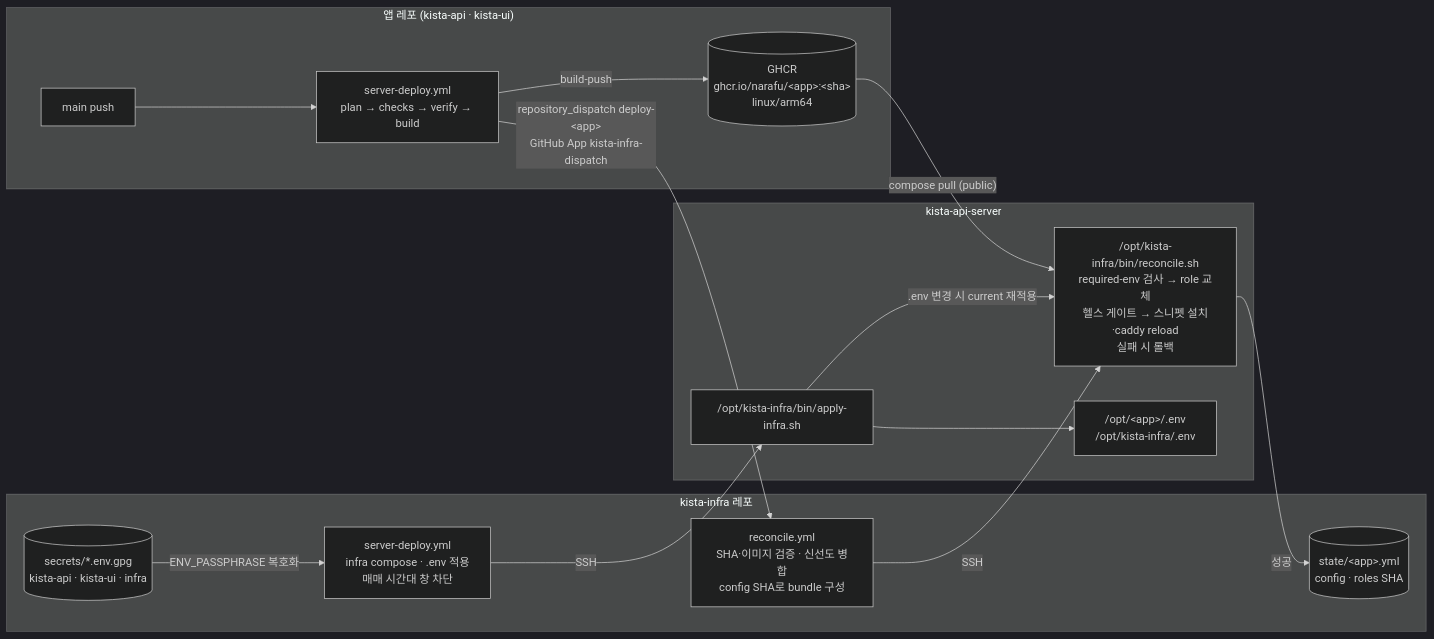
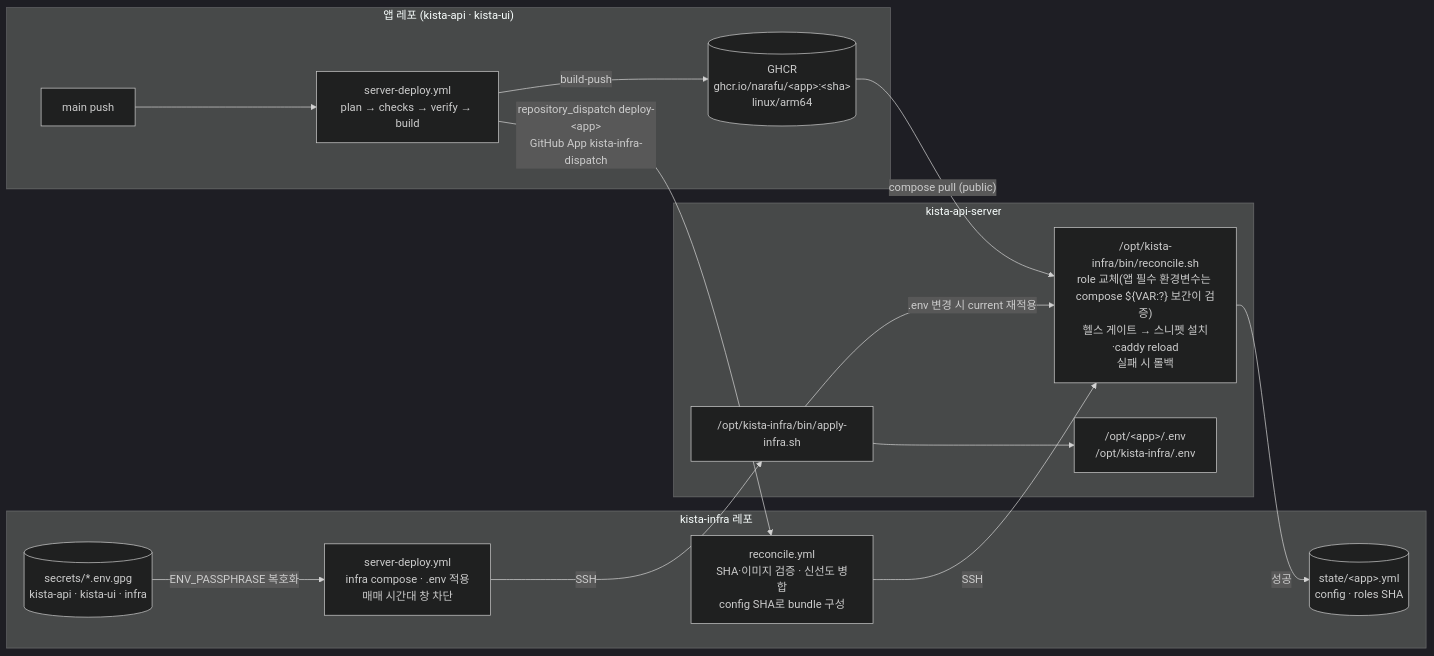
The third of 6 diagrams in docs/architecture-map.md (narafu/kista-api), drawn with Mermaid (dark theme) before and after one commit. The commit also changed 1 other file, not shown here.

Commit message:
docs: required-env 검사 폐지를 아키텍처 맵과 cross-repo A2에 반영한다 (01 T3 3단계)
Claude-Session: https://claude.ai/code/session_014bowDBtsjmeNRpjoL9SC3A

````diff
--- a/docs/architecture-map.md
+++ b/docs/architecture-map.md
@@ -123,30 +123,30 @@
 ```mermaid
 flowchart LR
     subgraph APPREPO["앱 레포 (kista-api · kista-ui)"]
         PUSH["main push"]
         WF["server-deploy.yml<br/>plan → checks → verify → build"]
         GHCR[("GHCR<br/>ghcr.io/narafu/#lt;app#gt;:#lt;sha#gt;<br/>linux/arm64")]
     end
 
     subgraph INFRA["kista-infra 레포"]
         REC["reconcile.yml<br/>SHA·이미지 검증 · 신선도 병합<br/>config SHA로 bundle 구성"]
         STATE[("state/#lt;app#gt;.yml<br/>config · roles SHA")]
         SD["server-deploy.yml<br/>infra compose · .env 적용<br/>매매 시간대 창 차단"]
         SEC[("secrets/*.env.gpg<br/>kista-api · kista-ui · infra")]
     end
 
     subgraph SRV["kista-api-server"]
-        RSH["/opt/kista-infra/bin/reconcile.sh<br/>required-env 검사 → role 교체<br/>헬스 게이트 → 스니펫 설치·caddy reload<br/>실패 시 롤백"]
+        RSH["/opt/kista-infra/bin/reconcile.sh<br/>role 교체(앱 필수 환경변수는 compose ${VAR:?} 보간이 검증)<br/>헬스 게이트 → 스니펫 설치·caddy reload<br/>실패 시 롤백"]
         AINF["/opt/kista-infra/bin/apply-infra.sh"]
         ENV["/opt/#lt;app#gt;/.env<br/>/opt/kista-infra/.env"]
     end
 
     PUSH --> WF -->|build-push| GHCR
     WF -->|"repository_dispatch deploy-#lt;app#gt;<br/>GitHub App kista-infra-dispatch"| REC
     REC -->|SSH| RSH
     GHCR -->|"compose pull (public)"| RSH
     RSH -->|성공| STATE
     SEC -->|"ENV_PASSPHRASE 복호화"| SD
     SD -->|SSH| AINF --> ENV
     AINF -->|".env 변경 시 current 재적용"| RSH
 ```
````
